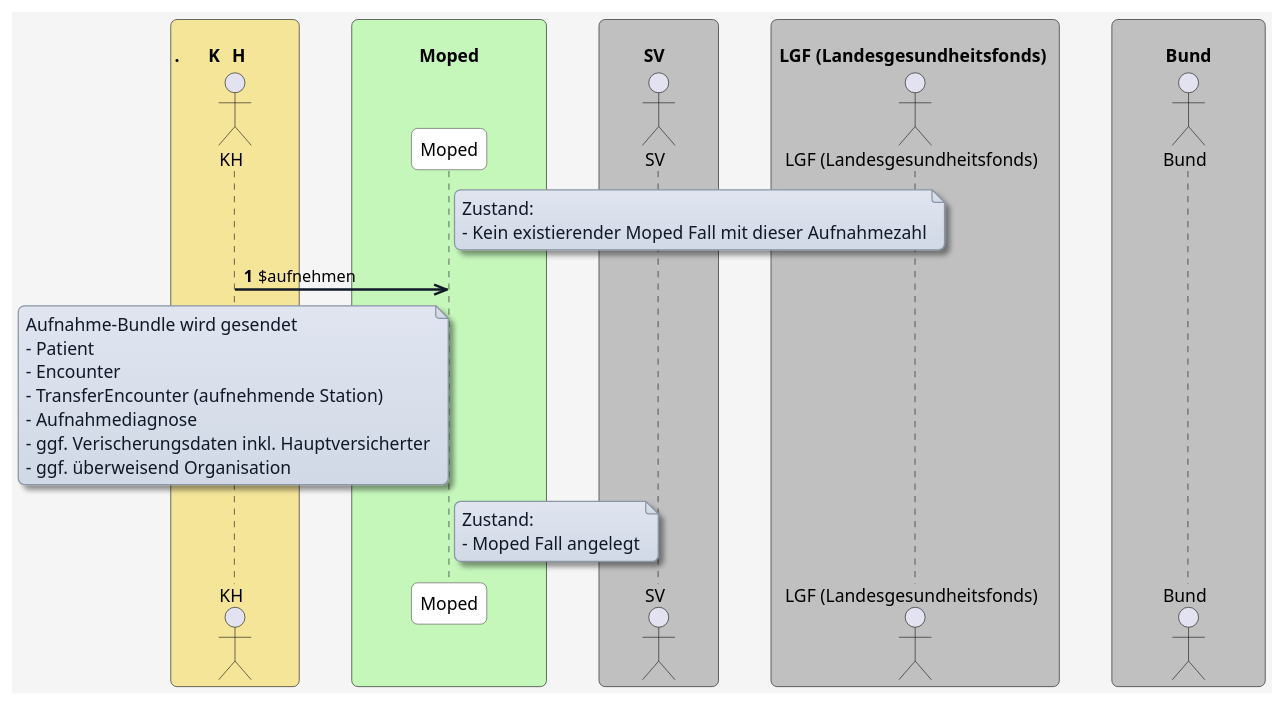
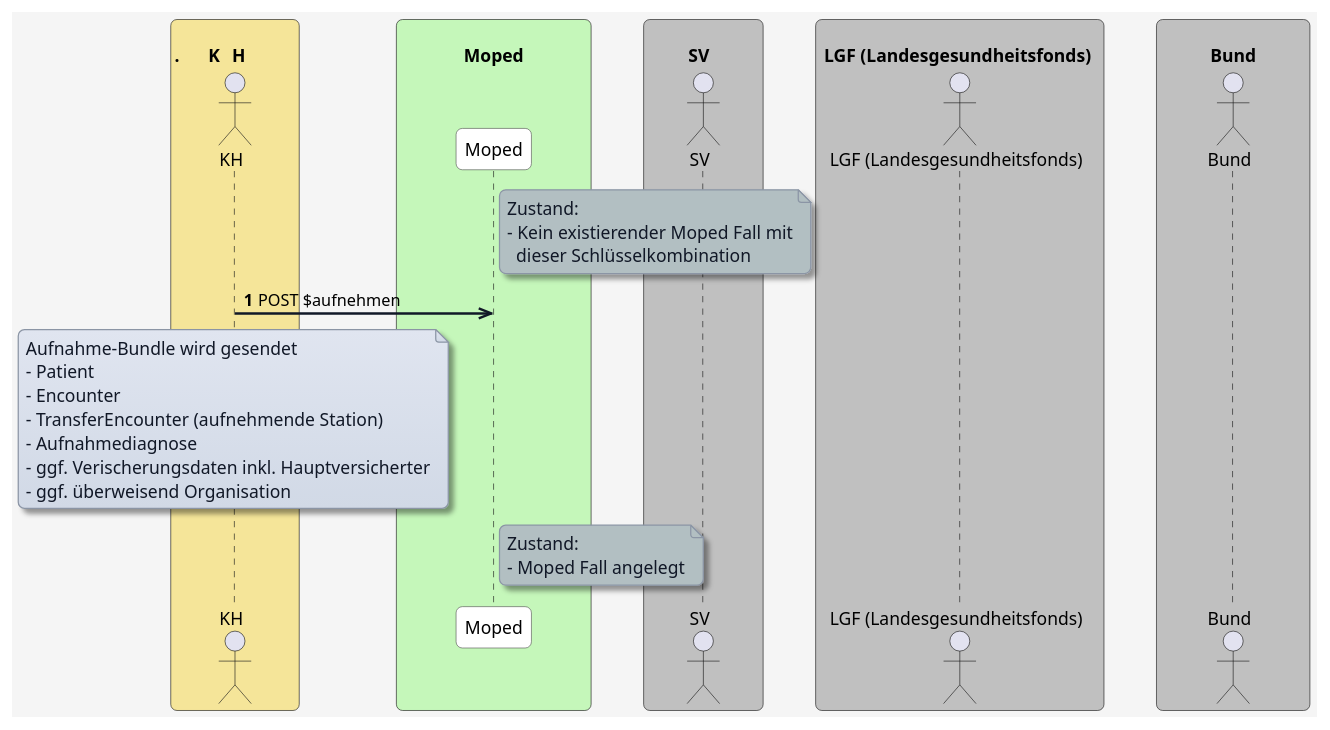
Before and after one commit to HL7Austria/ELGA-MOPED-R5: the diagram in input/images-source/aufnehmen.plantuml, drawn with PlantUML. The commit also changed 9 other files, not shown here.

```diff
--- a/input/images-source/aufnehmen.plantuml
+++ b/input/images-source/aufnehmen.plantuml
@@ -1,76 +1,86 @@
 @startuml
 skinparam borderColor #000000
 skinparam backgroundColor #f5f5f5
 skinparam shadowing false
 skinparam roundCorner 10
 skinparam defaultFontName "Arial"
 skinparam defaultFontSize 14
 skinparam defaultFontColor #000000
 
 skinparam note {
   BackgroundColor #e0e5f0-#d1d9e6
   BorderColor #8b95a5
   BorderThickness 1
   RoundCorner 8
   Padding 6
   FontColor #111827
   Shadowing true
 }
 
 skinparam HyperlinkColor #0000EE
 skinparam HyperlinkUnderline false
 
 skinparam sequence {
   ParticipantBorderColor #555555
   ParticipantBackgroundColor #ffffff
   ParticipantFontColor #000000
   ParticipantFontSize 14
   ParticipantPadding 20
   ArrowColor #111827
   ArrowThickness 2
   ArrowFontColor #000000
   ArrowFontSize 13
   GroupBorderColor #111827
   GroupBackgroundColor #f3f4f6
   GroupBorderThickness 1
 }
 
 skinparam BoxPadding 20
 skinparam BoxBorderColor #555555
 
 box "\n.         KH           " #f5e599
   actor KH as "KH"
 end box
 
 box "\n              Moped              " #c5f7ba
   participant MP as "Moped"
 end box
 
 box "\n         SV           " #c0c0c0
   actor SV as "SV"
 end box
 
 box "\n LGF (Landesgesundheitsfonds)  " #c0c0c0
   actor LGF as "LGF (Landesgesundheitsfonds)"
 end box
 
 box "\n           Bund           " #c0c0c0
   actor Bund as "Bund"
 end box
 
 autonumber
 
-note right of MP
+note right of MP #b2bfc2
 Zustand:
-- Kein existierender Moped Fall mit dieser Aufnahmezahl
+- Kein existierender Moped Fall mit
+  dieser Schlüsselkombination
 end note
 
-KH ->> MP: $aufnehmen
-Note over KH: Aufnahme-Bundle wird gesendet\n- Patient\n- Encounter\n- TransferEncounter (aufnehmende Station)\n- Aufnahmediagnose\n- ggf. Verischerungsdaten inkl. Hauptversicherter\n- ggf. überweisend Organisation
+KH ->> MP: POST $aufnehmen
 
-note right of MP
+note over KH
+Aufnahme-Bundle wird gesendet
+- Patient
+- Encounter
+- TransferEncounter (aufnehmende Station)
+- Aufnahmediagnose
+- ggf. Verischerungsdaten inkl. Hauptversicherter
+- ggf. überweisend Organisation
+end note
+
+note right of MP #b2bfc2
 Zustand:
 - Moped Fall angelegt
 end note
 
 @enduml
```
